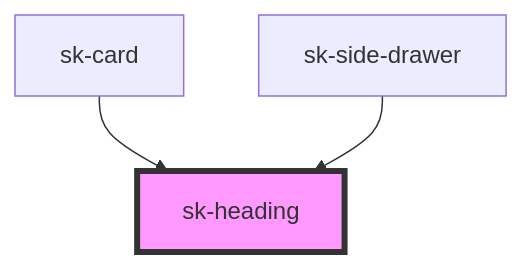
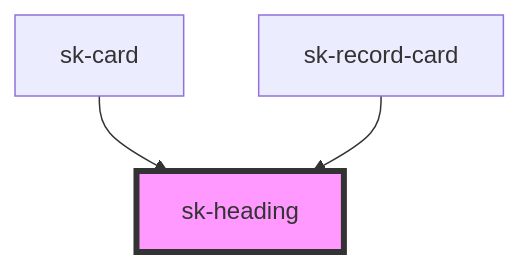
The diagram in web-components-stencil/src/components/sk-heading/readme.md (shincke/sk-toolkit), drawn with Mermaid before and after one commit. The commit also changed other lines of this file and 30 other files, not shown here.

Commit message:
feat: implement sk-drawer and first pattern - sk-record-card

````diff
--- a/web-components-stencil/src/components/sk-heading/readme.md
+++ b/web-components-stencil/src/components/sk-heading/readme.md
@@ -24,6 +24,6 @@
 ```mermaid
 graph TD;
   sk-card --> sk-heading
-  sk-side-drawer --> sk-heading
+  sk-record-card --> sk-heading
   style sk-heading fill:#f9f,stroke:#333,stroke-width:4px
 ```
````
